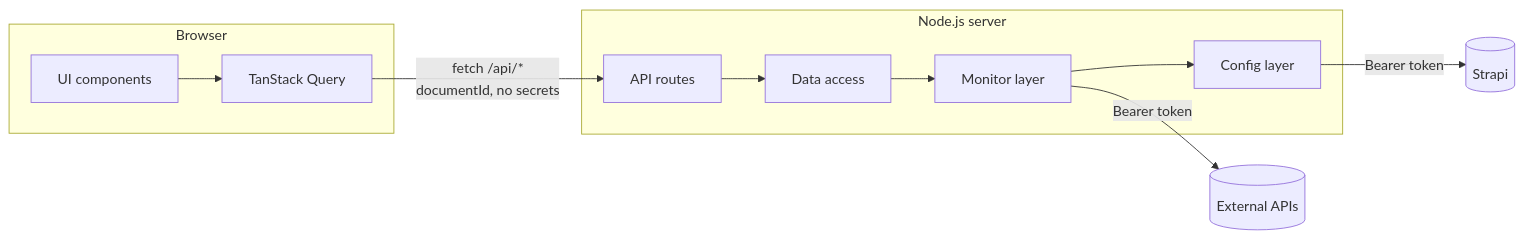
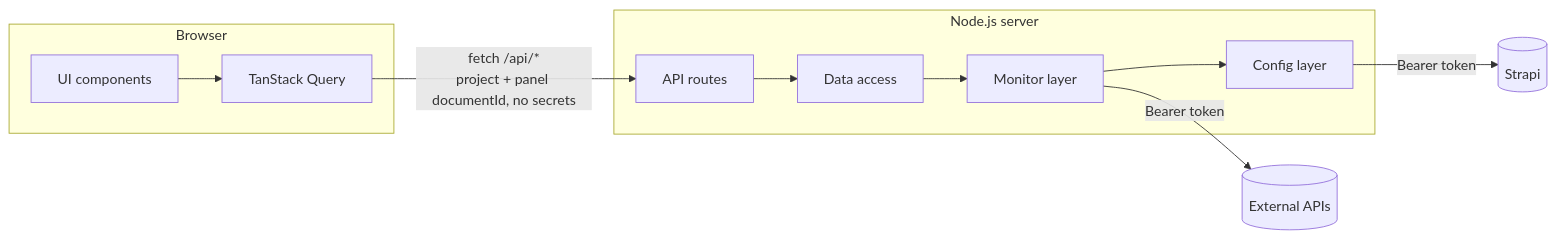
The fifth of 6 diagrams in apps/docs-site/docs/architecture.md (webteamuxco/dashboard-monitor), drawn with Mermaid before and after one commit. The commit also changed other lines of this file and 27 other files, not shown here.

````diff
--- a/apps/docs-site/docs/architecture.md
+++ b/apps/docs-site/docs/architecture.md
@@ -108,20 +149,20 @@
 ```mermaid
 flowchart LR
     subgraph Browser[Browser]
         UI[UI components]
         TQ[TanStack Query]
     end
     subgraph Server[Node.js server]
         Routes[API routes]
         DA[Data access]
         Mon[Monitor layer]
         Cfg[Config layer]
     end
     UI --> TQ
-    TQ -- fetch /api/*<br/>documentId, no secrets --> Routes
+    TQ -- fetch /api/*<br/>project + panel documentId, no secrets --> Routes
     Routes --> DA
     DA --> Mon
     Mon --> Cfg
     Cfg -- Bearer token --> Admin[(Strapi)]
     Mon -- Bearer token --> External[(External APIs)]
 ```
````
